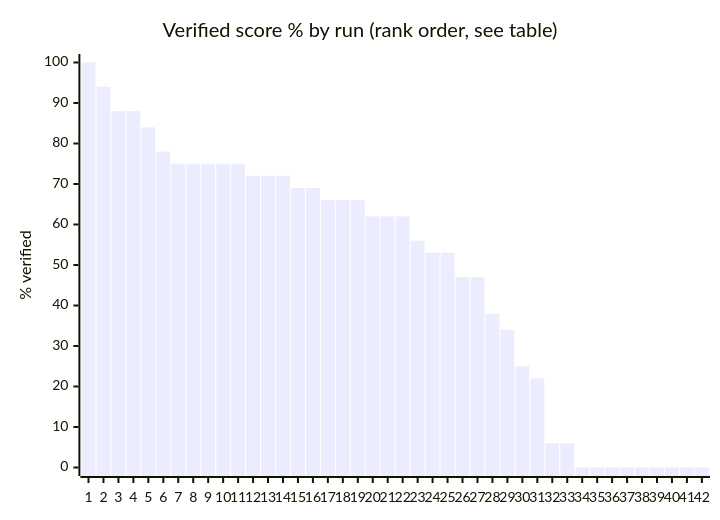
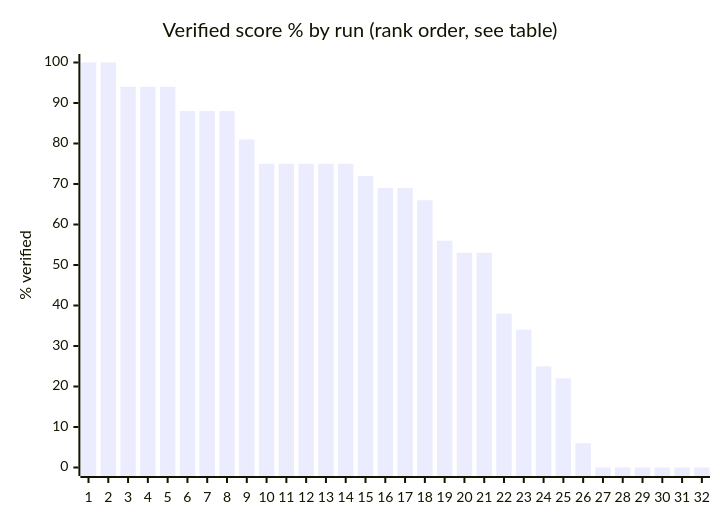
One commit to maxh8086/tokenfrugal changed the first of 2 diagrams in Benchmark/Benchmark.md. Above: the diagram before and after it, drawn with Mermaid. The commit also changed other lines of this file and 66 other files, not shown here.

````diff
--- a/Benchmark/Benchmark.md
+++ b/Benchmark/Benchmark.md
@@ -95,7 +90,7 @@
 ```mermaid
 xychart-beta
     title "Verified score % by run (rank order, see table)"
-    x-axis ["1", "2", "3", "4", "5", "6", "7", "8", "9", "10", "11", "12", "13", "14", "15", "16", "17", "18", "19", "20", "21", "22", "23", "24", "25", "26", "27", "28", "29", "30", "31", "32", "33", "34", "35", "36", "37", "38", "39", "40", "41", "42"]
+    x-axis ["1", "2", "3", "4", "5", "6", "7", "8", "9", "10", "11", "12", "13", "14", "15", "16", "17", "18", "19", "20", "21", "22", "23", "24", "25", "26", "27", "28", "29", "30", "31", "32"]
     y-axis "% verified" 0 --> 100
-    bar [100, 94, 88, 88, 84, 78, 75, 75, 75, 75, 75, 72, 72, 72, 69, 69, 66, 66, 66, 62, 62, 62, 56, 53, 53, 47, 47, 38, 34, 25, 22, 6, 6, 0, 0, 0, 0, 0, 0, 0, 0, 0]
+    bar [100, 100, 94, 94, 94, 88, 88, 88, 81, 75, 75, 75, 75, 75, 72, 69, 69, 66, 56, 53, 53, 38, 34, 25, 22, 6, 0, 0, 0, 0, 0, 0]
 ```
````
